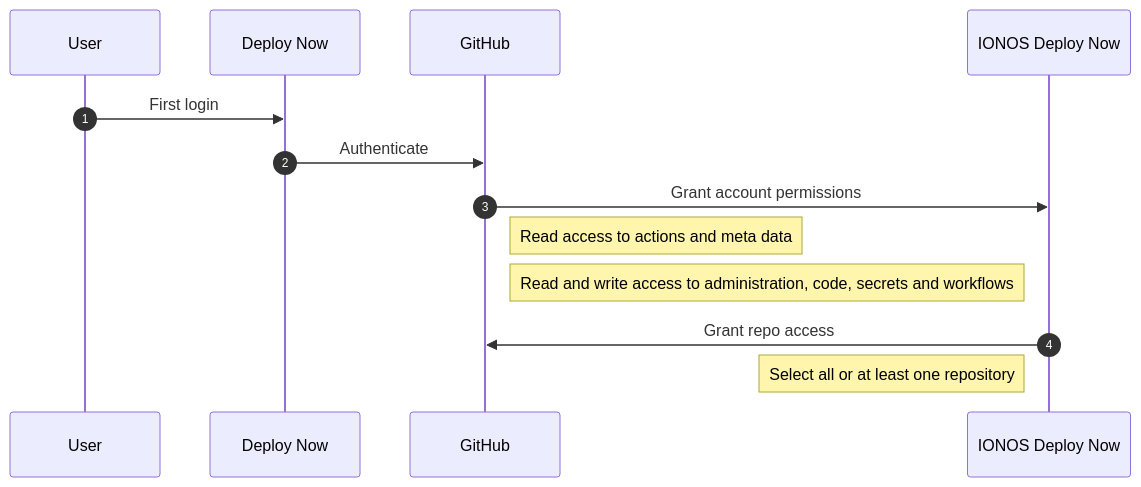
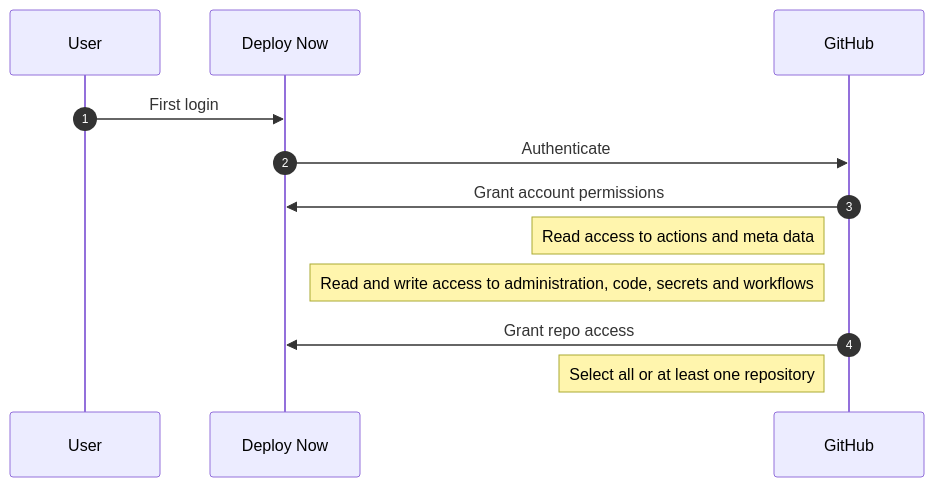
One commit to ionos-deploy-now/documentation changed the second of 2 diagrams in content/docs/git-integration.md. Above: the diagram before and after it, drawn with Mermaid.

Commit message:
rework sequence diagram

```diff
--- a/content/docs/git-integration.md
+++ b/content/docs/git-integration.md
@@ -26,12 +26,12 @@
 ~~~mermaid
 %%{init: {'darkMode': 'true'}}%%
 sequenceDiagram
     autonumber
     User ->> Deploy Now: First login
     Deploy Now->>GitHub: Authenticate
-    GitHub ->> IONOS Deploy Now: Grant account permissions
-    Note right of GitHub: Read access to actions and meta data
-    Note right of GitHub: Read and write access to administration, code, secrets and workflows
-    IONOS Deploy Now ->> GitHub: Grant repo access
-    Note left of IONOS Deploy Now: Select all or at least one repository
+    GitHub ->> Deploy Now: Grant account permissions
+    Note left of GitHub: Read access to actions and meta data
+    Note left of GitHub: Read and write access to administration, code, secrets and workflows
+    GitHub ->> Deploy Now: Grant repo access
+    Note left of GitHub: Select all or at least one repository
 ~~~
```
